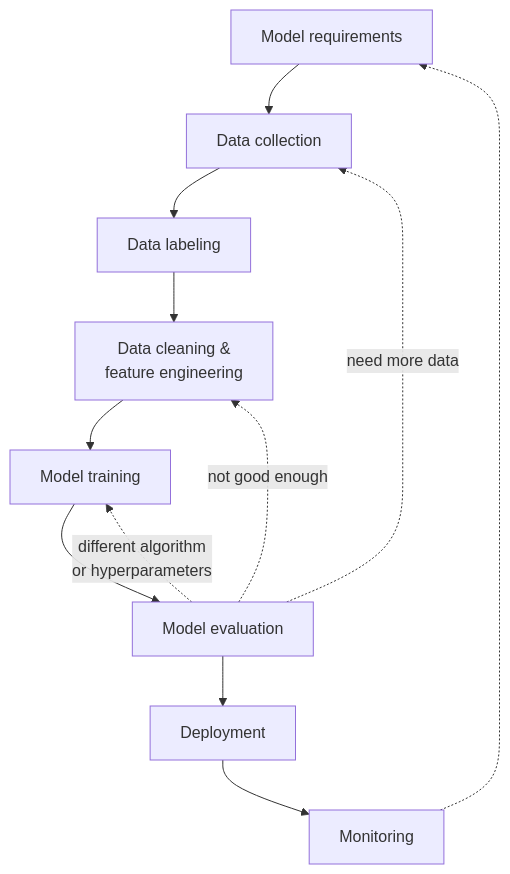
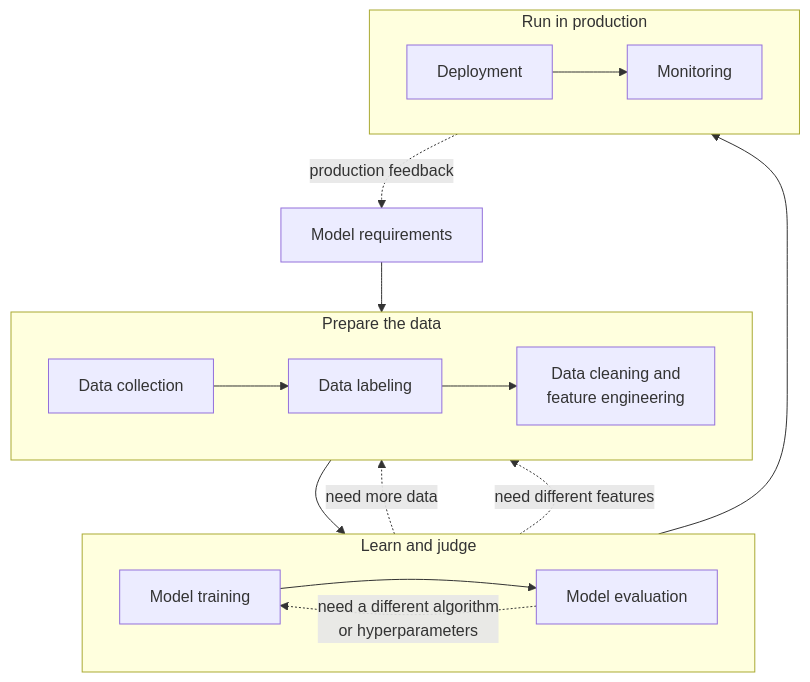
The fifth of 15 diagrams in 2026-2027-Sem1/AIMLZG546-SoftwareEngineeringForML/notes/S01-foundations.md (sanjaykumarpushadapu/MTech), drawn with Mermaid before and after one commit.

````diff
--- a/2026-2027-Sem1/AIMLZG546-SoftwareEngineeringForML/notes/S01-foundations.md
+++ b/2026-2027-Sem1/AIMLZG546-SoftwareEngineeringForML/notes/S01-foundations.md
@@ -216,14 +216,27 @@
 ```mermaid
 flowchart TD
-    R[Model requirements] --> DC[Data collection]
-    DC --> DL[Data labeling]
-    DL --> CL[Data cleaning &<br/>feature engineering]
-    CL --> TR[Model training]
-    TR --> EV[Model evaluation]
-    EV --> DEP[Deployment]
-    DEP --> MON[Monitoring]
-    EV -.->|not good enough| CL
-    EV -.->|different algorithm<br/>or hyperparameters| TR
-    EV -.->|need more data| DC
-    MON -.-> R
+    R["Model requirements"] --> DC
+
+    subgraph PREP["Prepare the data"]
+        direction LR
+        DC["Data collection"] --> DL["Data labeling"] --> CL["Data cleaning and<br/>feature engineering"]
+    end
+
+    subgraph BUILD["Learn and judge"]
+        direction LR
+        TR["Model training"] --> EV["Model evaluation"]
+    end
+
+    subgraph RUN["Run in production"]
+        direction LR
+        DEP["Deployment"] --> MON["Monitoring"]
+    end
+
+    CL --> TR
+    EV --> DEP
+
+    EV -.->|"need more data"| DC
+    EV -.->|"need different features"| CL
+    EV -.->|"need a different algorithm<br/>or hyperparameters"| TR
+    MON -.->|"production feedback"| R
 ```
````
